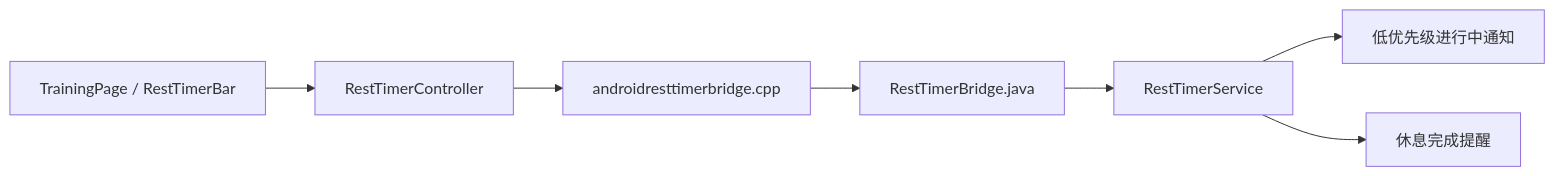
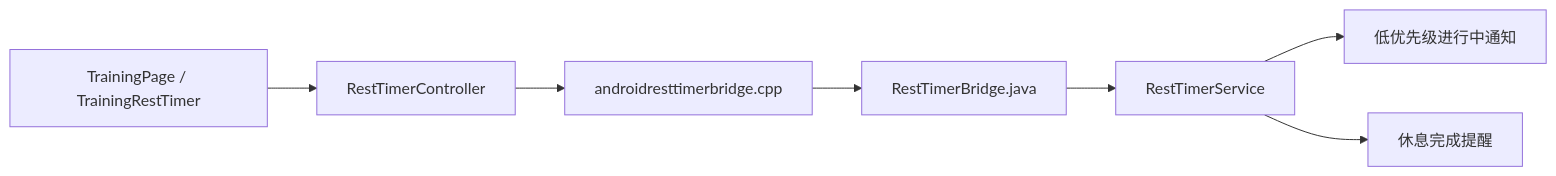
Before and after one commit to 54xkeee/fittrack: the fourth of 4 diagrams in docs/fittrack-global-architecture.md, drawn with Mermaid. The commit also changed other lines of this file and 45 other files, not shown here.

````diff
--- a/docs/fittrack-global-architecture.md
+++ b/docs/fittrack-global-architecture.md
@@ -282,9 +289,9 @@
 ```mermaid
 flowchart LR
-    QML["TrainingPage / RestTimerBar"] --> Cpp["RestTimerController"]
+    QML["TrainingPage / TrainingRestTimer"] --> Cpp["RestTimerController"]
     Cpp --> JNI["androidresttimerbridge.cpp"]
     JNI --> Java["RestTimerBridge.java"]
     Java --> Service["RestTimerService"]
     Service --> Active["低优先级进行中通知"]
     Service --> Complete["休息完成提醒"]
 ```
````
